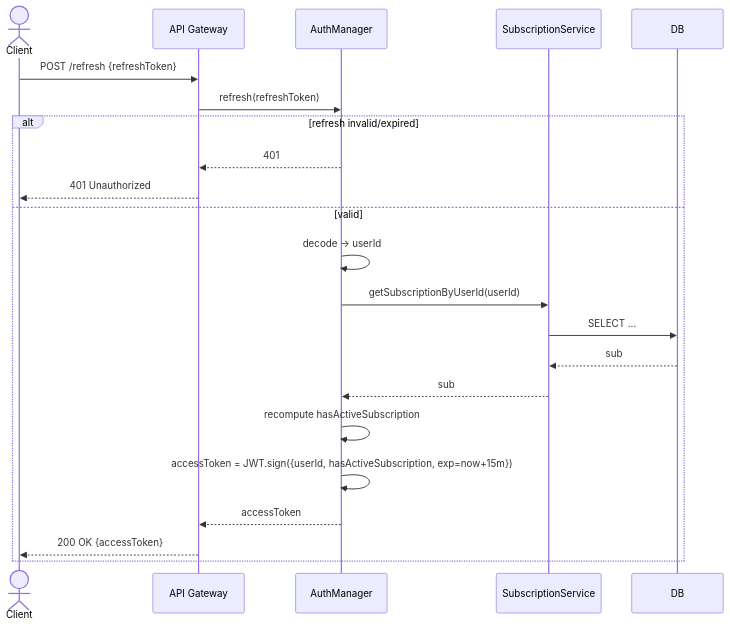
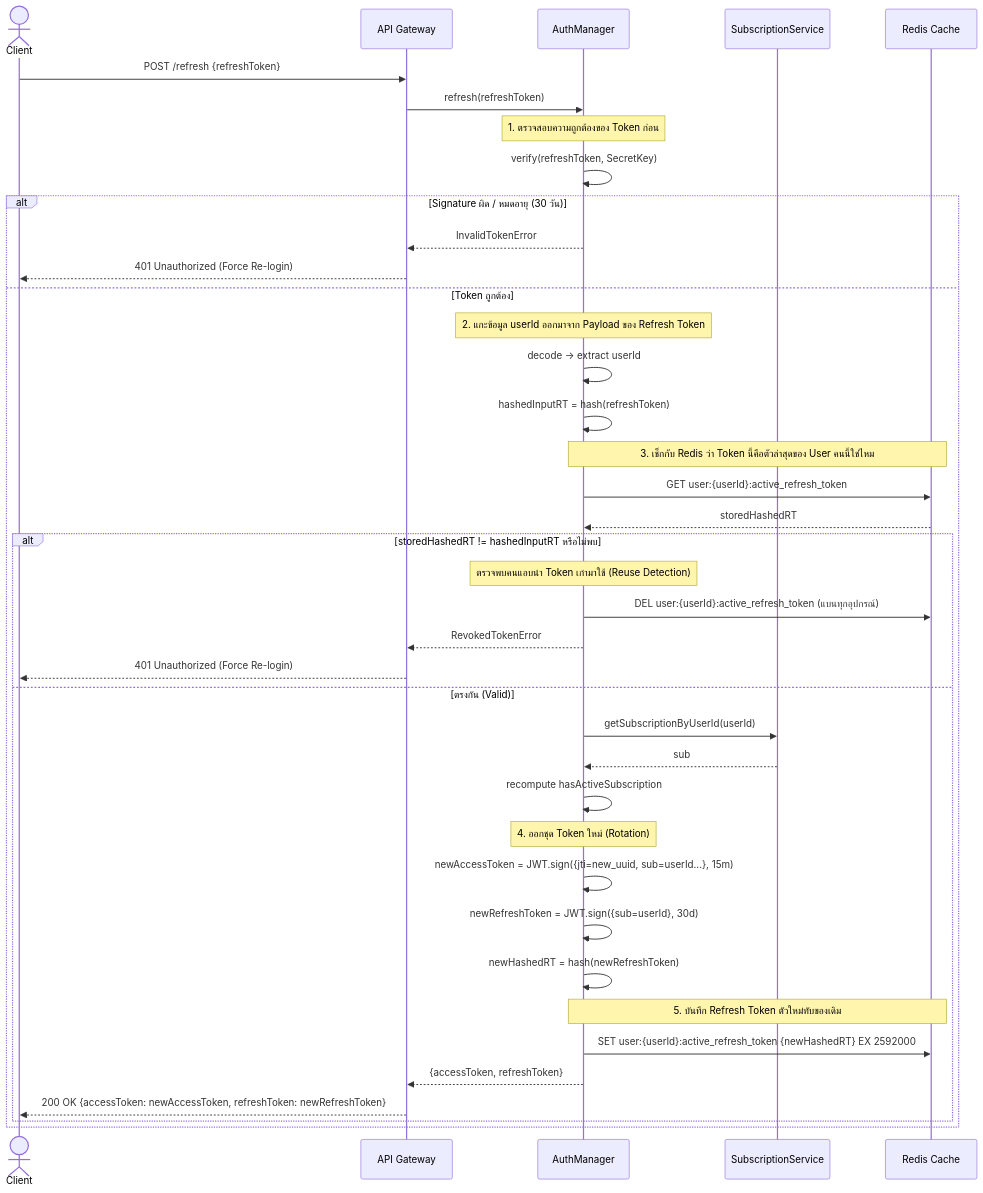
The third of 4 diagrams in doc/sequence_02_auth.md (Bank-e/Music-Video-Streaming-Subscription-System), drawn with Mermaid before and after one commit. The commit also changed other lines of this file, not shown here.

Commit message:
modified:   doc/sequence_02_auth.md

````diff
--- a/doc/sequence_02_auth.md
+++ b/doc/sequence_02_auth.md
@@ -68,25 +91,48 @@
 ```mermaid
 sequenceDiagram
   actor Client
   participant API as API Gateway
   participant AM as AuthManager
   participant SS as SubscriptionService
-  participant DB
+  participant Cache as Redis Cache
 
   Client->>API: POST /refresh {refreshToken}
   API->>AM: refresh(refreshToken)
-  alt refresh invalid/expired
-    AM-->>API: 401
-    API-->>Client: 401 Unauthorized
-  else valid
-    AM->>AM: decode → userId
-    AM->>SS: getSubscriptionByUserId(userId)
-    SS->>DB: SELECT ...
-    DB-->>SS: sub
-    SS-->>AM: sub
-    AM->>AM: recompute hasActiveSubscription
-    AM->>AM: accessToken = JWT.sign({userId, hasActiveSubscription, exp=now+15m})
-    AM-->>API: accessToken
-    API-->>Client: 200 OK {accessToken}
+
+  Note over AM: 1. ตรวจสอบความถูกต้องของ Token ก่อน
+  AM->>AM: verify(refreshToken, SecretKey)
+  alt Signature ผิด / หมดอายุ (30 วัน)
+    AM-->>API: InvalidTokenError
+    API-->>Client: 401 Unauthorized (Force Re-login)
+  else Token ถูกต้อง
+    Note over AM: 2. แกะข้อมูล userId ออกมาจาก Payload ของ Refresh Token
+    AM->>AM: decode -> extract userId
+    AM->>AM: hashedInputRT = hash(refreshToken)
+
+    Note over AM,Cache: 3. เช็กกับ Redis ว่า Token นี้คือตัวล่าสุดของ User คนนี้ใช่ไหม
+    AM->>Cache: GET user:{userId}:active_refresh_token
+    Cache-->>AM: storedHashedRT
+
+    alt storedHashedRT != hashedInputRT หรือไม่พบ
+      Note over AM: ตรวจพบคนแอบนำ Token เก่ามาใช้ (Reuse Detection)
+      AM->>Cache: DEL user:{userId}:active_refresh_token (แบนทุกอุปกรณ์)
+      AM-->>API: RevokedTokenError
+      API-->>Client: 401 Unauthorized (Force Re-login)
+    else ตรงกัน (Valid)
+      AM->>SS: getSubscriptionByUserId(userId)
+      SS-->>AM: sub
+      AM->>AM: recompute hasActiveSubscription
+
+      Note over AM: 4. ออกชุด Token ใหม่ (Rotation)
+      AM->>AM: newAccessToken = JWT.sign({jti=new_uuid, sub=userId...}, 15m)
+      AM->>AM: newRefreshToken = JWT.sign({sub=userId}, 30d)
+      AM->>AM: newHashedRT = hash(newRefreshToken)
+
+      Note over AM,Cache: 5. บันทึก Refresh Token ตัวใหม่ทับของเดิม
+      AM->>Cache: SET user:{userId}:active_refresh_token {newHashedRT} EX 2592000
+
+      AM-->>API: {accessToken, refreshToken}
+      API-->>Client: 200 OK {accessToken: newAccessToken, refreshToken: newRefreshToken}
+    end
   end
 ```
````
